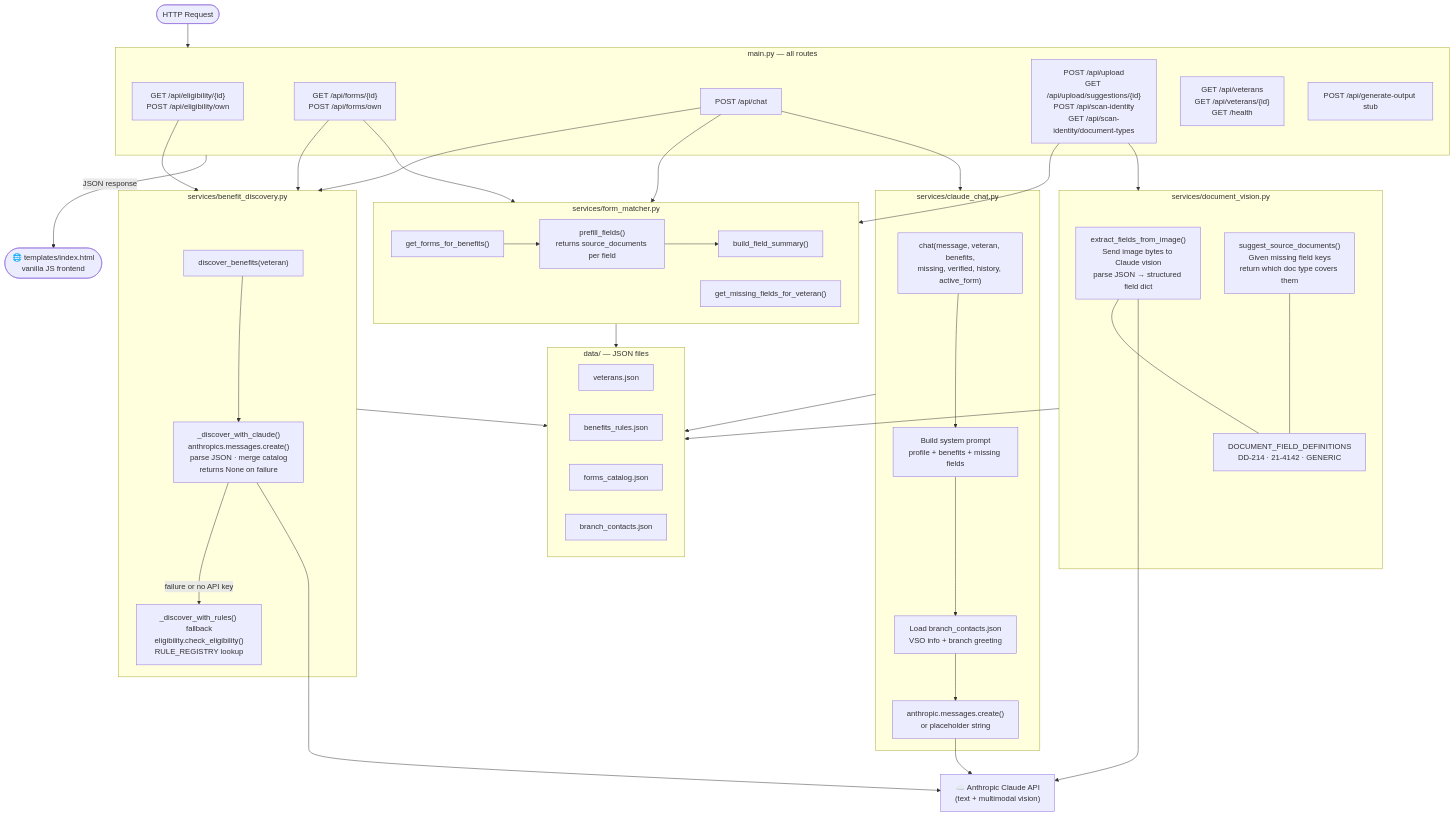
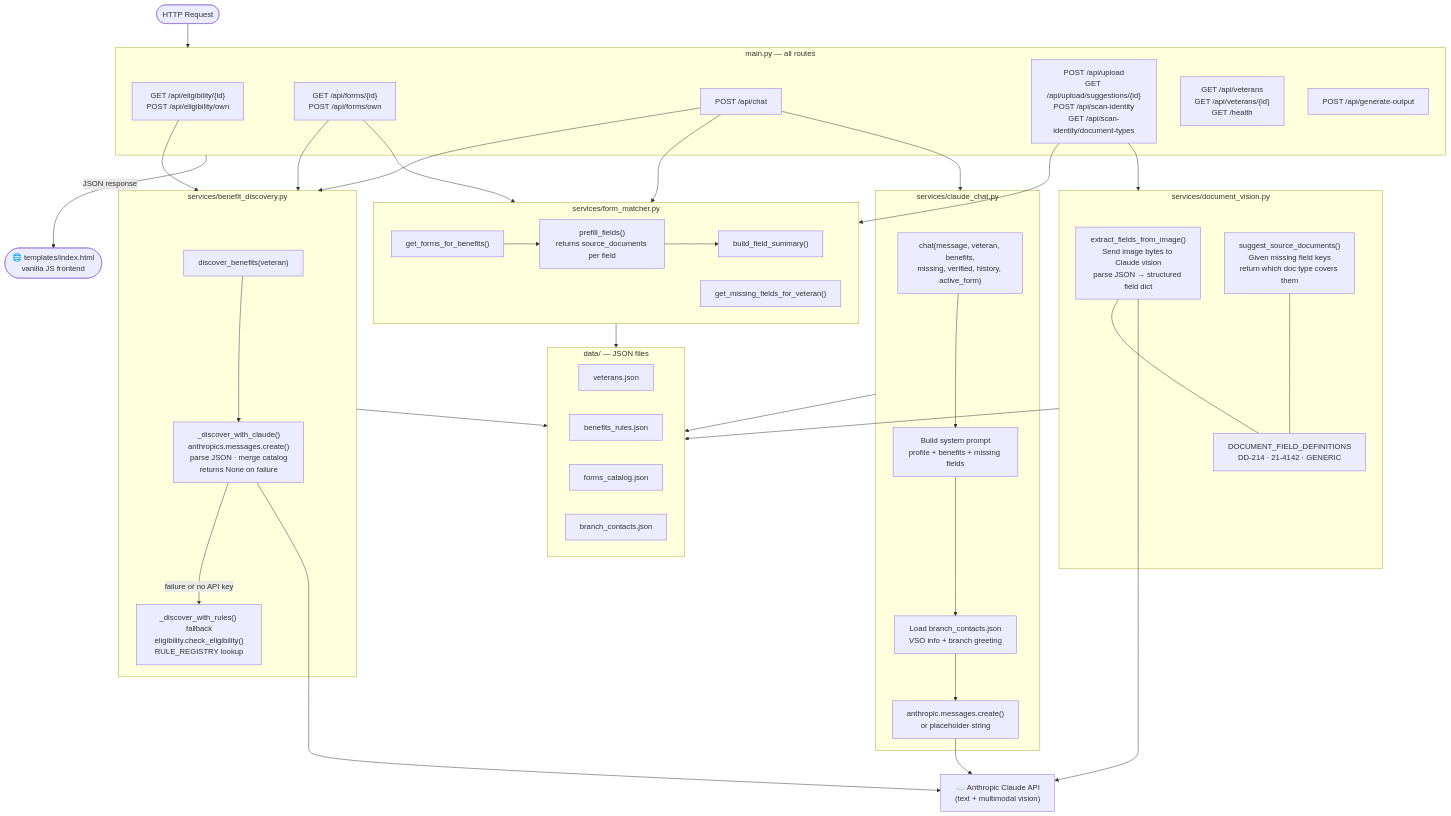
The first of 2 diagrams in CLAUDE.md (akaseahawk/VetAssist), drawn with Mermaid before and after one commit. The commit also changed other lines of this file and 2 other files, not shown here.

Commit message:
fix: boolean prefill mismatch, step numbering, duplicate comment
- form_matcher.py: boolean profile values (True/False) now convert to
  'Yes'/'No' so select fields pre-select correctly. Gender codes ('M','F')
  normalize to full words to match option labels.
- index.html: step numbering corrected — setStep(2) fires after benefits
  render, setStep(3) fires after forms load (was calling setStep(2) at
  the wrong point in loadVeteran and loadOwnProfile).
- index.html: removed duplicate buildFieldRow comment block; merged into
  single clear comment with all WHY context.
- CLAUDE.md: corrected stale 'stub' labels — generate-output and PDF
  generation are fully implemented.

```diff
--- a/CLAUDE.md
+++ b/CLAUDE.md
@@ -57,7 +57,7 @@
         R3["POST /api/chat"]
         R4["POST /api/upload\nGET /api/upload/suggestions/{id}\nPOST /api/scan-identity\nGET /api/scan-identity/document-types"]
         R5["GET /api/veterans\nGET /api/veterans/{id}\nGET /health"]
-        R6["POST /api/generate-output stub"]
+        R6["POST /api/generate-output"]
     end
 
     R1 & R2 & R3 --> BD
```
